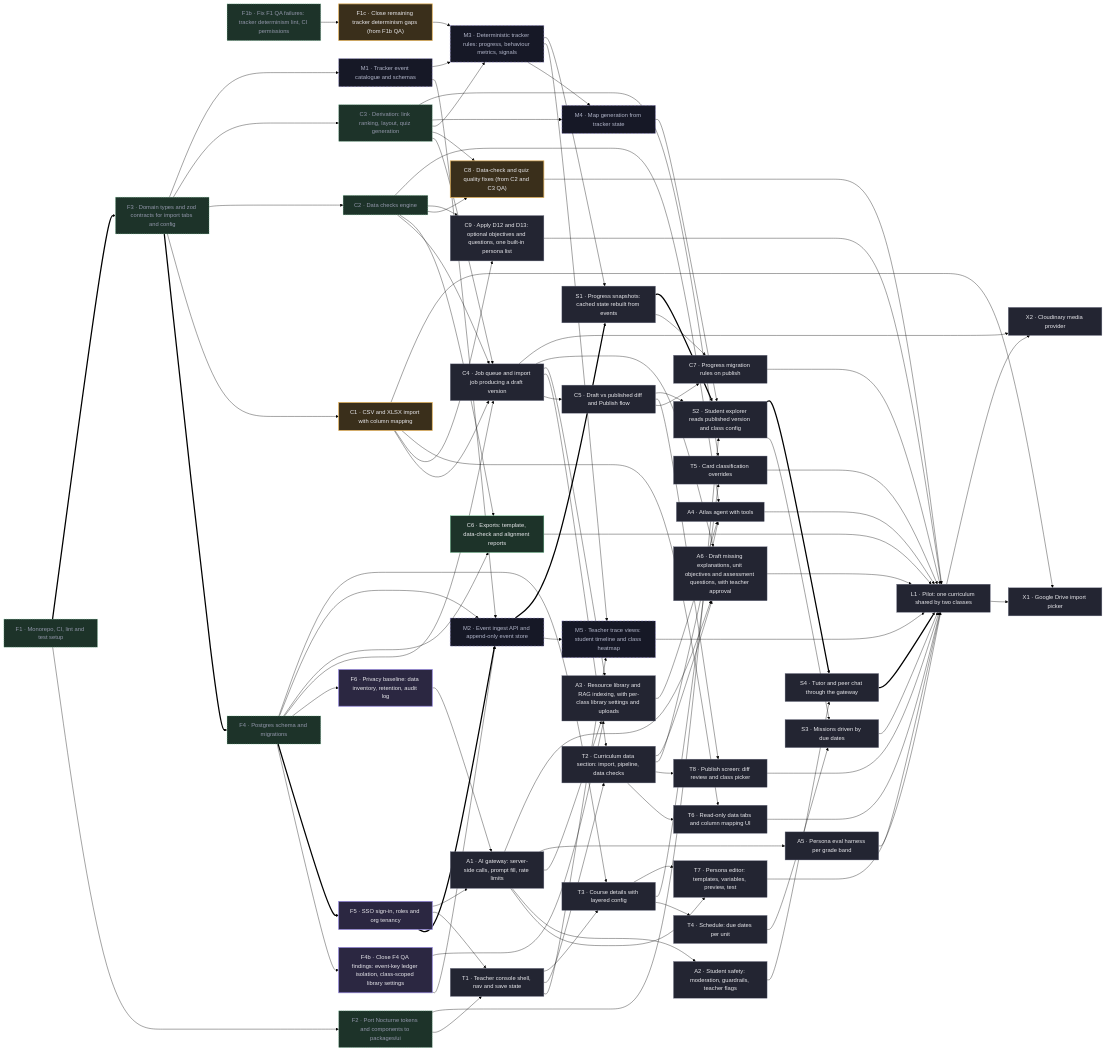
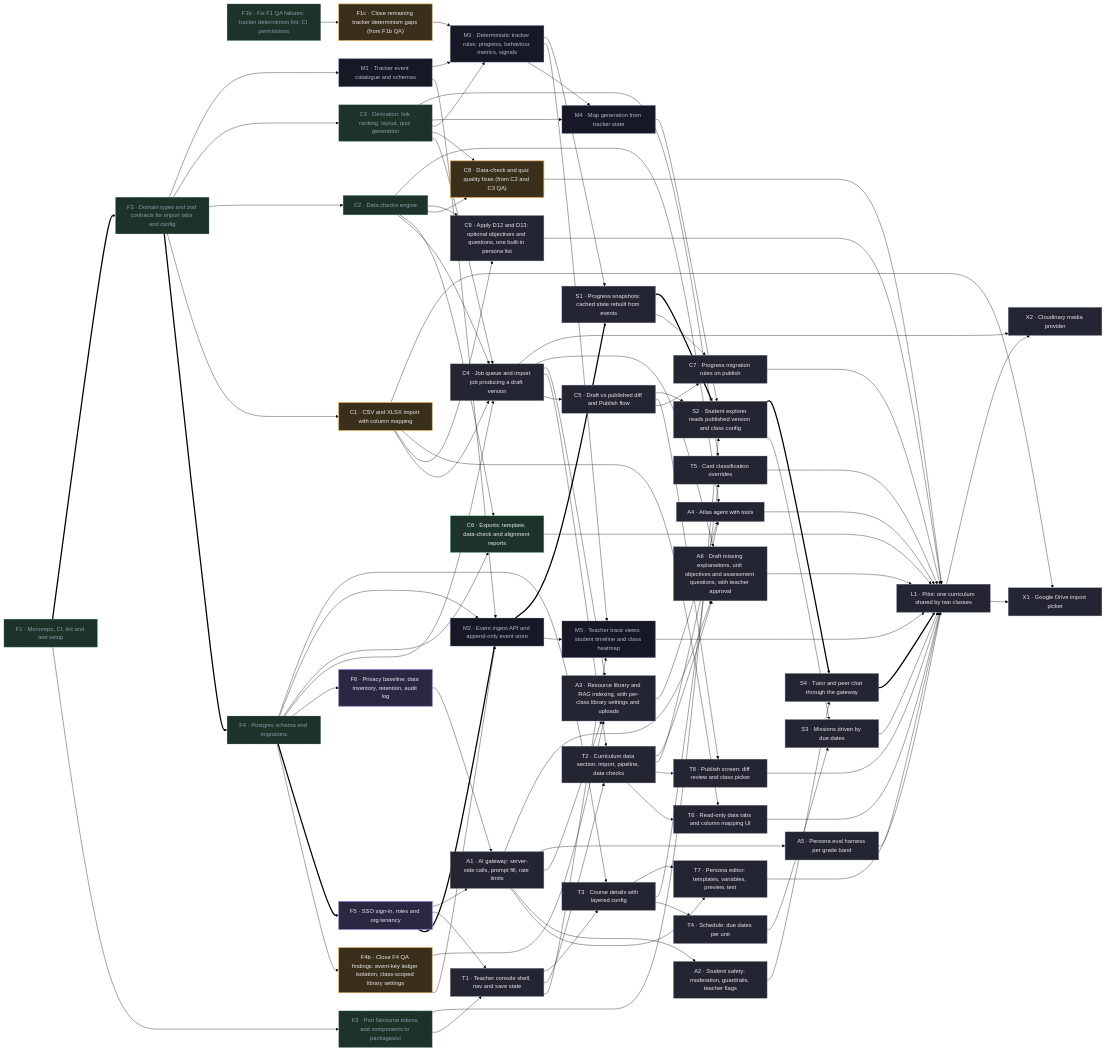
The diagram in docs/PLAN.md (tenkevin/mind-your-tutor), drawn with Mermaid (forest theme) before and after one commit. The commit also changed other lines of this file and 1 other file, not shown here.

Commit message:
plan: F4b in review (PR #12)
Claude-Session: https://claude.ai/code/session_013Bw8BcegvnzmxzNjrSuGMB

```diff
--- a/docs/PLAN.md
+++ b/docs/PLAN.md
@@ -228,8 +228,8 @@
   classDef done fill:#1d3329,stroke:#6fcf97,color:#9397ab,stroke-dasharray:3 3
   classDef spec fill:#161826,stroke:#968ae0,color:#b2b6ca,stroke-dasharray:6 4
   class C4,C5,C7,C9,T1,T2,T3,T4,T5,T6,T7,T8,A1,A2,A3,A4,A5,A6,S1,S2,S3,S4,L1,X1,X2 todo
-  class F4b,F5,F6 doing
-  class F1c,C1,C8 review
+  class F5,F6 doing
+  class F1c,F4b,C1,C8 review
   class F1,F1b,F2,F3,F4,C2,C3 done
   class C6 ready
   class M1,M2,M3,M4,M5 spec
```
